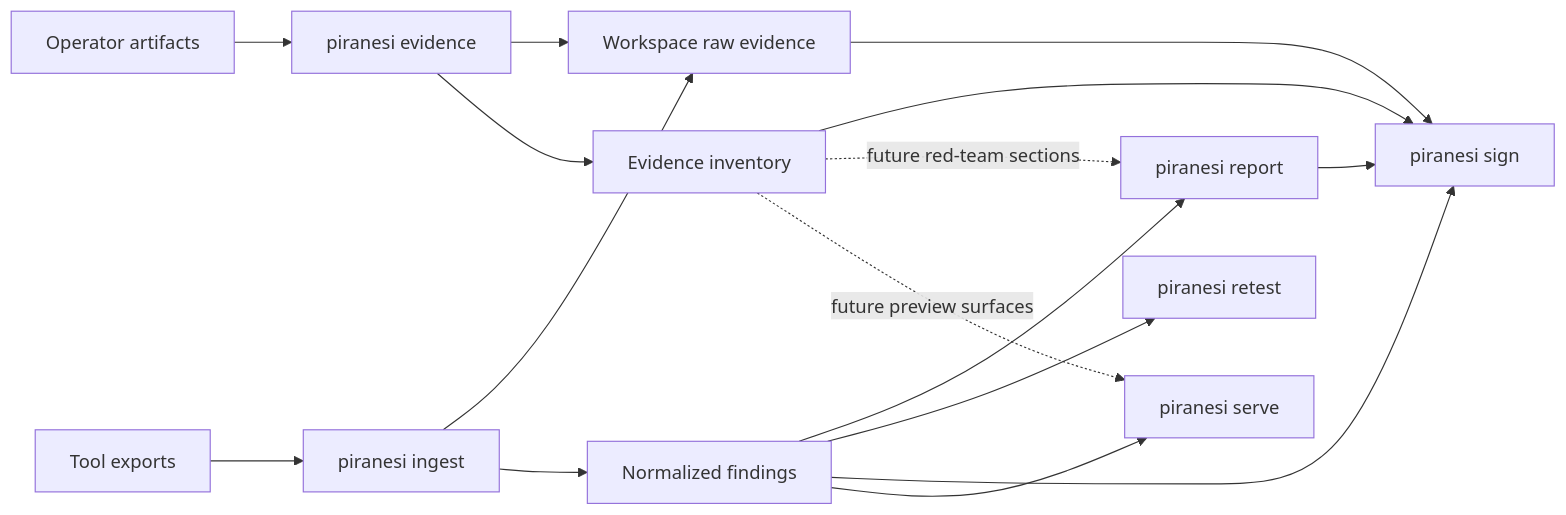
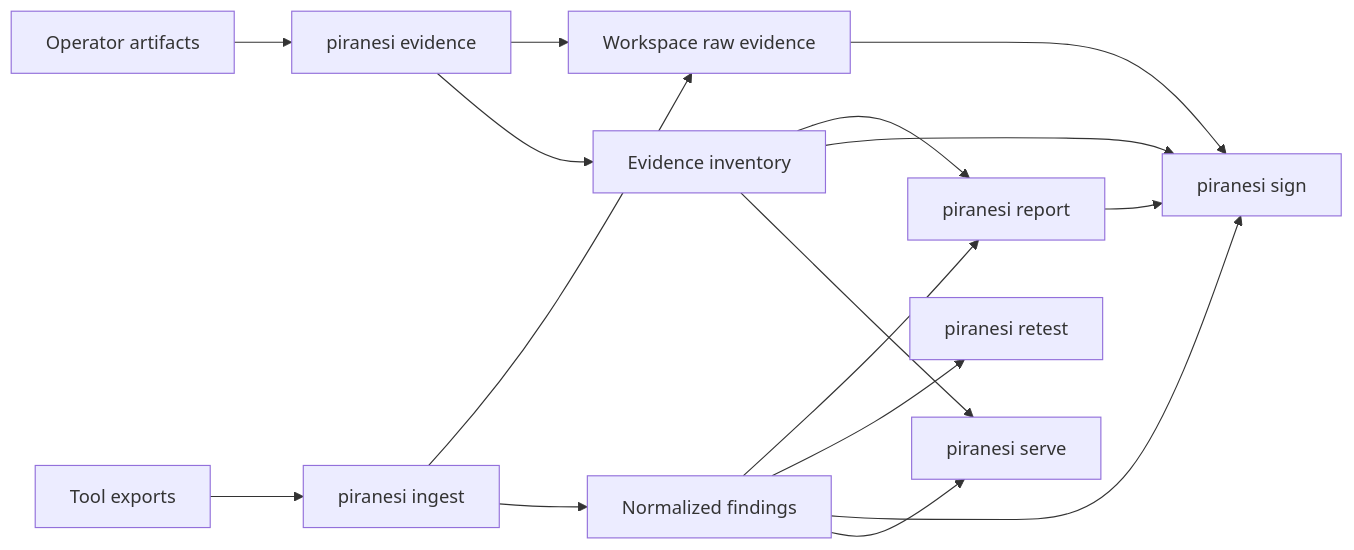
Before and after one commit to gongahkia/onibi: the diagram in docs/ARCHITECTURE.md, drawn with Mermaid. The commit also changed other lines of this file and 5 other files, not shown here.

Commit message:
Reposition docs for red-team workspace

````diff
--- a/docs/ARCHITECTURE.md
+++ b/docs/ARCHITECTURE.md
@@ -74,18 +74,18 @@
 ```mermaid
 flowchart LR
     A["Operator artifacts"] --> B["piranesi evidence"]
     C["Tool exports"] --> D["piranesi ingest"]
     B --> E["Workspace raw evidence"]
     B --> F["Evidence inventory"]
     D --> E
     D --> G["Normalized findings"]
+    F --> H["piranesi report"]
     G --> H
     G --> I["piranesi retest"]
     E --> J["piranesi sign"]
     F --> J
     G --> J
     H --> J
-    F -. future red-team sections .-> H["piranesi report"]
-    F -. future preview surfaces .-> K["piranesi serve"]
+    F --> K["piranesi serve"]
     G --> K
 ```
````
